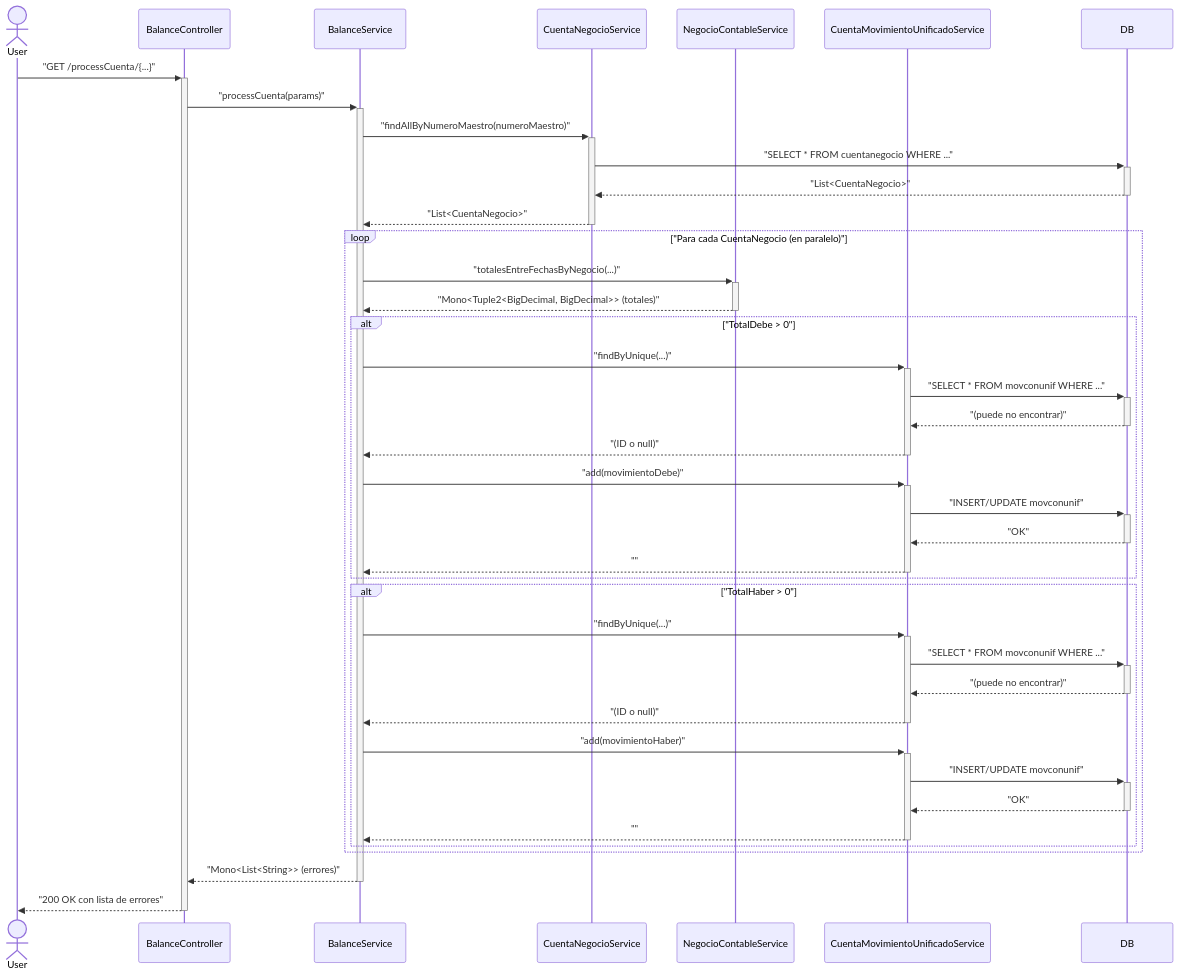
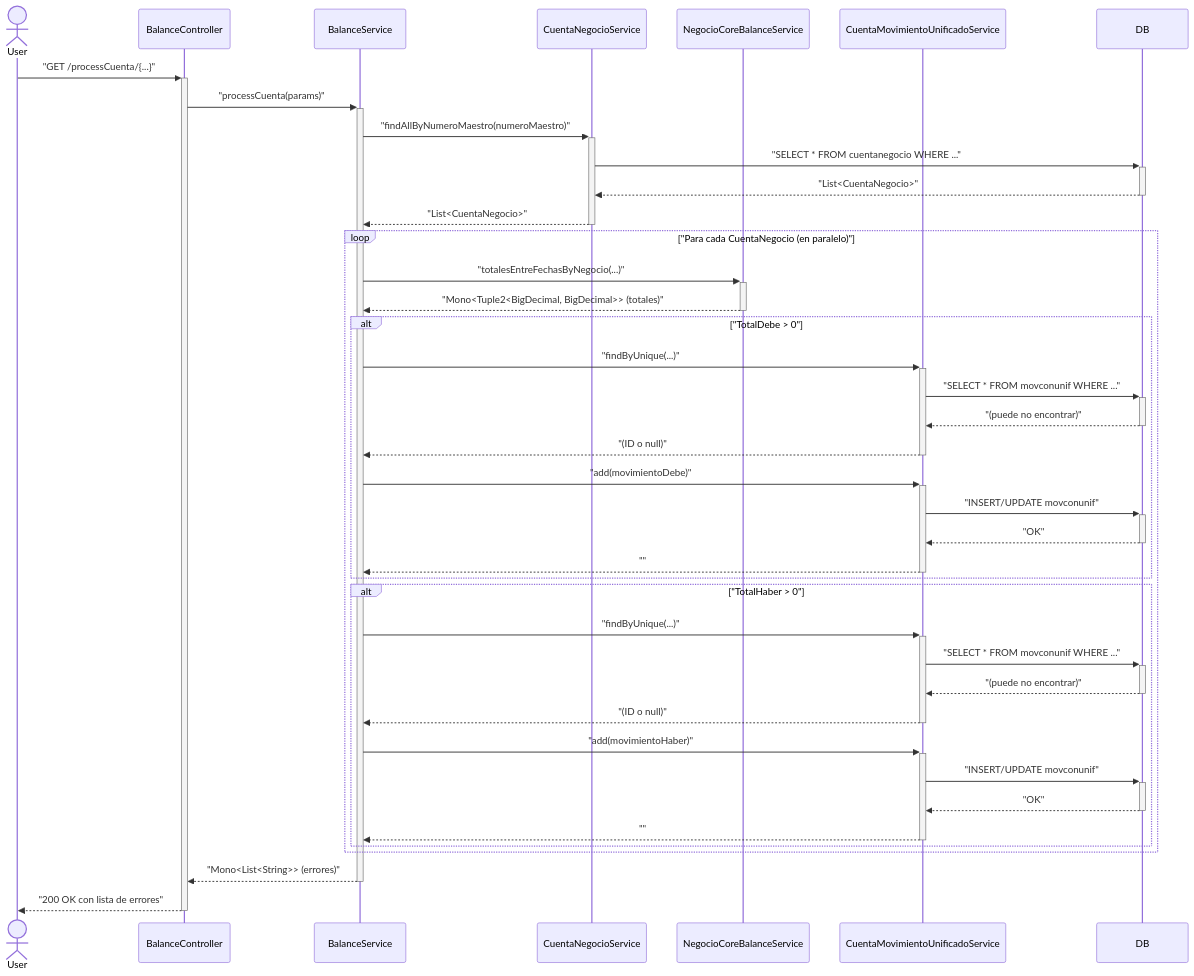
The diagram in docs/diagrams/mermaid/balance-sequence-diagram.mmd (ETEREA-services/UNIFICADO.core-service), drawn with Mermaid before and after one commit. The commit also changed 103 other files, not shown here.

```diff
--- a/docs/diagrams/mermaid/balance-sequence-diagram.mmd
+++ b/docs/diagrams/mermaid/balance-sequence-diagram.mmd
@@ -1,48 +1,48 @@
 sequenceDiagram
     actor User
     participant BalanceController
     participant BalanceService
     participant CuentaNegocioService
-    participant NegocioContableService
+    participant NegocioCoreBalanceService
     participant CuentaMovimientoUnificadoService
     participant DB
 
     User->>+BalanceController: "GET /processCuenta/{...}"
     BalanceController->>+BalanceService: "processCuenta(params)"
     
     BalanceService->>+CuentaNegocioService: "findAllByNumeroMaestro(numeroMaestro)"
     CuentaNegocioService->>+DB: "SELECT * FROM cuentanegocio WHERE ..."
     DB-->>-CuentaNegocioService: "List<CuentaNegocio>"
     CuentaNegocioService-->>-BalanceService: "List<CuentaNegocio>"
 
     loop "Para cada CuentaNegocio (en paralelo)"
-        BalanceService->>+NegocioContableService: "totalesEntreFechasByNegocio(...)"
-        NegocioContableService-->>-BalanceService: "Mono<Tuple2<BigDecimal, BigDecimal>> (totales)"
+        BalanceService->>+NegocioCoreBalanceService: "totalesEntreFechasByNegocio(...)"
+        NegocioCoreBalanceService-->>-BalanceService: "Mono<Tuple2<BigDecimal, BigDecimal>> (totales)"
         
         alt "TotalDebe > 0"
             BalanceService->>+CuentaMovimientoUnificadoService: "findByUnique(...)"
             CuentaMovimientoUnificadoService->>+DB: "SELECT * FROM movconunif WHERE ..."
             DB-->>-CuentaMovimientoUnificadoService: "(puede no encontrar)"
             CuentaMovimientoUnificadoService-->>-BalanceService: "(ID o null)"
             
             BalanceService->>+CuentaMovimientoUnificadoService: "add(movimientoDebe)"
             CuentaMovimientoUnificadoService->>+DB: "INSERT/UPDATE movconunif"
             DB-->>-CuentaMovimientoUnificadoService: "OK"
             CuentaMovimientoUnificadoService-->>-BalanceService: ""
         end
 
         alt "TotalHaber > 0"
             BalanceService->>+CuentaMovimientoUnificadoService: "findByUnique(...)"
             CuentaMovimientoUnificadoService->>+DB: "SELECT * FROM movconunif WHERE ..."
             DB-->>-CuentaMovimientoUnificadoService: "(puede no encontrar)"
             CuentaMovimientoUnificadoService-->>-BalanceService: "(ID o null)"
 
             BalanceService->>+CuentaMovimientoUnificadoService: "add(movimientoHaber)"
             CuentaMovimientoUnificadoService->>+DB: "INSERT/UPDATE movconunif"
             DB-->>-CuentaMovimientoUnificadoService: "OK"
             CuentaMovimientoUnificadoService-->>-BalanceService: ""
         end
     end
 
     BalanceService-->>-BalanceController: "Mono<List<String>> (errores)"
     BalanceController-->>-User: "200 OK con lista de errores"
```
